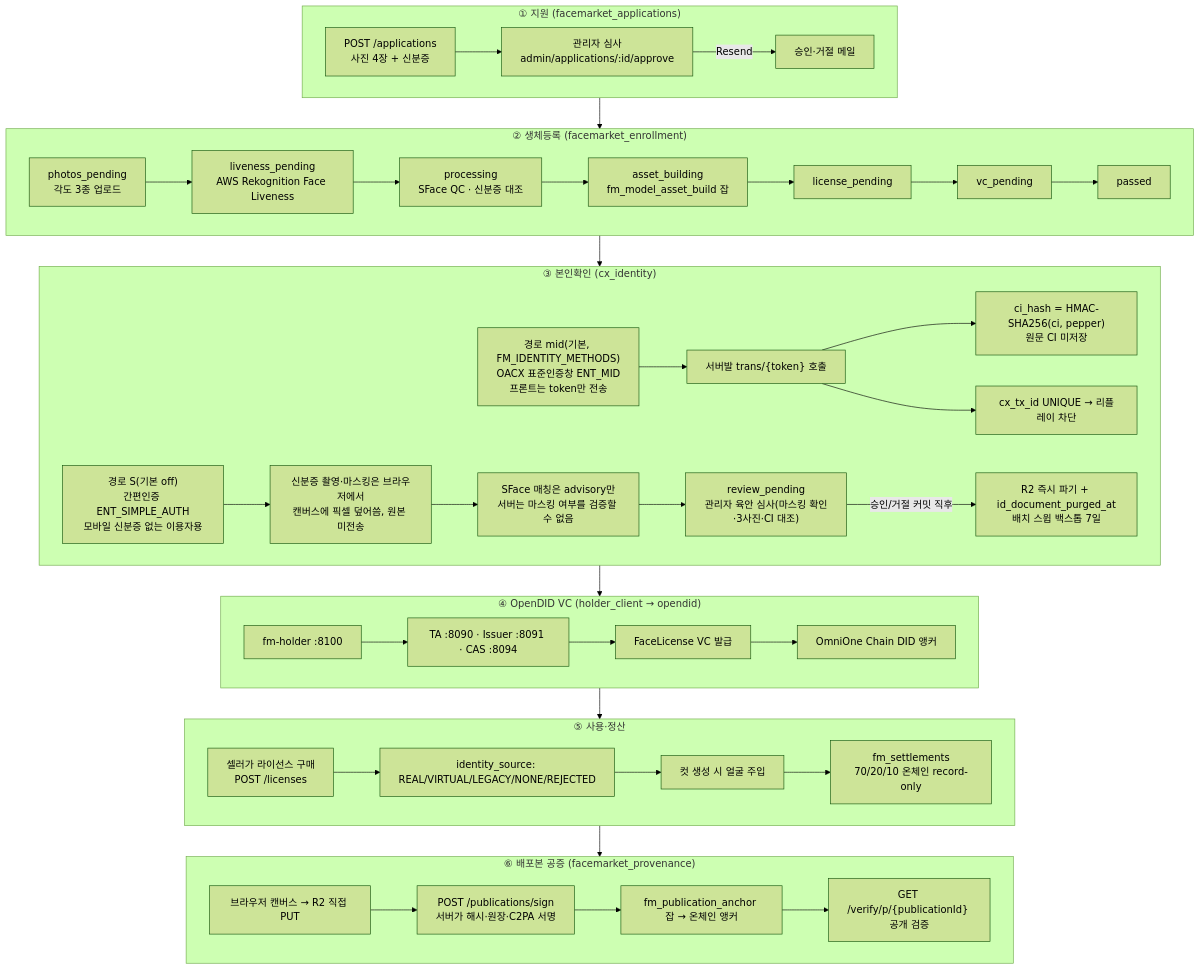
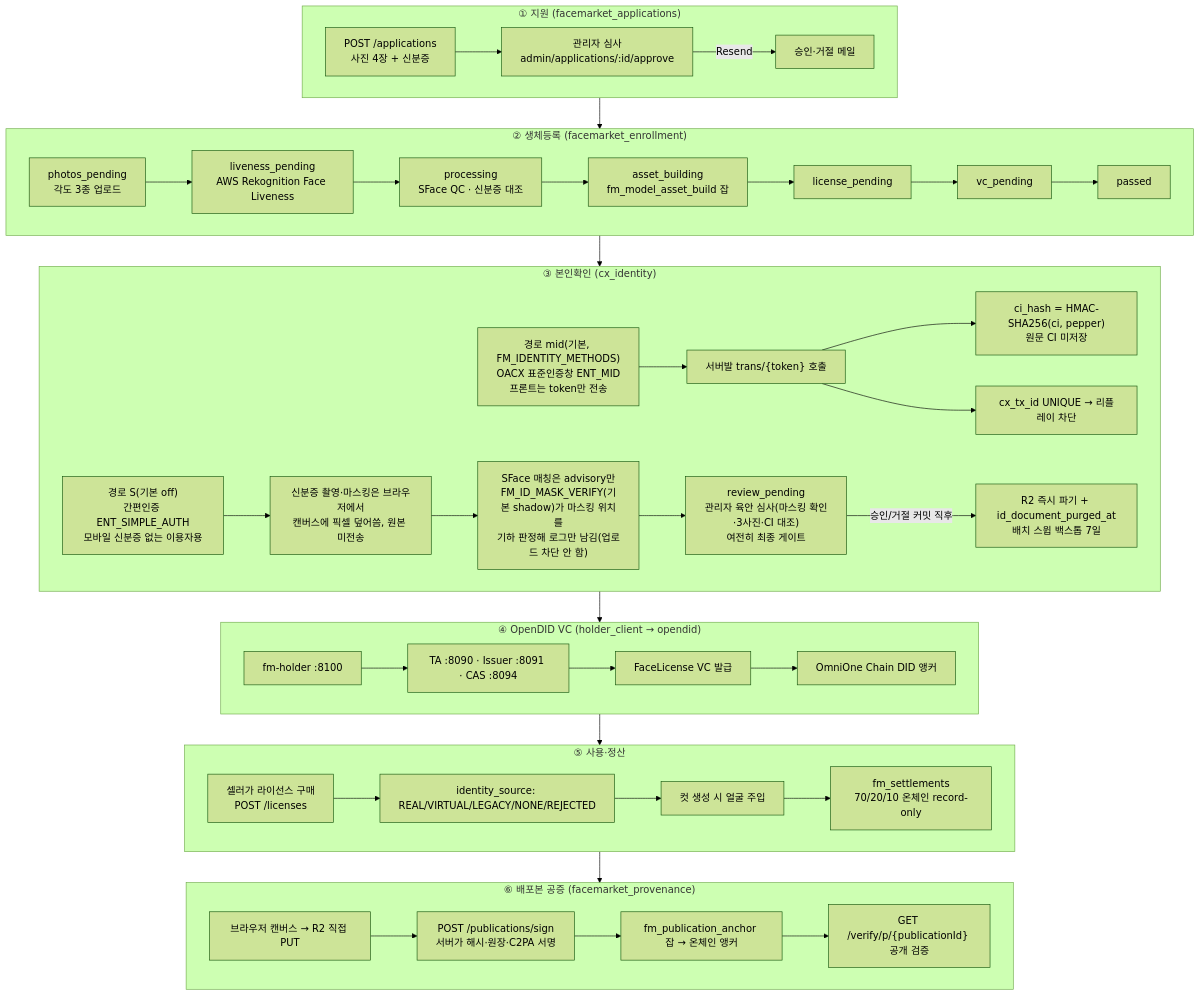
One commit to 1L-SANG/wearless_studio changed diagram 13 of 16 in docs/ARCHITECTURE.md. Above: the diagram before and after it, drawn with Mermaid (forest theme). The commit also changed 1 other file, not shown here.

Commit message:
chore(facemarket): 마스킹 기하 검증 플래그 (shadow)
임계 캘리브 전이라 shadow 로 시작한다. 로그의 mean/stddev 분포를 보고
enforce 로 올린다 — v1 에서 SFace 임계를 캘리브 없이 넣었다가 오탈락으로
고생한 선례가 있다.

ARCHITECTURE.md 의 "서버는 마스킹 여부를 검증할 수 없음" 서술도 이번
브랜치로 사실과 달라져 같이 고쳤다 — mid 경로는 이 플래그와 무관하며
동작이 달라지지 않았다(회귀 확인 완료: 백엔드 5053 passed·프런트
1735 pass·빌드 성공, 전부 0 실패).

Claude-Session: https://claude.ai/code/session_012y1B2hq8oER1RAey5TC8Cp

````diff
--- a/docs/ARCHITECTURE.md
+++ b/docs/ARCHITECTURE.md
@@ -518,51 +518,51 @@
 ```mermaid
 graph TB
   subgraph Apply["① 지원 (facemarket_applications)"]
     AP1["POST /applications<br/>사진 4장 + 신분증"] --> AP2["관리자 심사<br/>admin/applications/:id/approve"]
     AP2 -->|"Resend"| MAIL["승인·거절 메일"]
   end
 
   subgraph Enroll["② 생체등록 (facemarket_enrollment)"]
     E1["photos_pending<br/>각도 3종 업로드"] --> E2["liveness_pending<br/>AWS Rekognition Face Liveness"]
     E2 --> E3["processing<br/>SFace QC · 신분증 대조"]
     E3 --> E4["asset_building<br/>fm_model_asset_build 잡"]
     E4 --> E5["license_pending"]
     E5 --> E6["vc_pending"]
     E6 --> E7["passed"]
   end
 
   subgraph Identity["③ 본인확인 (cx_identity)"]
     C1["경로 mid(기본, FM_IDENTITY_METHODS)<br/>OACX 표준인증창 ENT_MID<br/>프론트는 token만 전송"] --> C2["서버발 trans/{token} 호출"]
     C2 --> C3["ci_hash = HMAC-SHA256(ci, pepper)<br/>원문 CI 미저장"]
     C2 --> C4["cx_tx_id UNIQUE → 리플레이 차단"]
 
     S1["경로 S(기본 off)<br/>간편인증 ENT_SIMPLE_AUTH<br/>모바일 신분증 없는 이용자용"] --> S2["신분증 촬영·마스킹은 브라우저에서<br/>캔버스에 픽셀 덮어씀, 원본 미전송"]
-    S2 --> S3["SFace 매칭은 advisory만<br/>서버는 마스킹 여부를 검증할 수 없음"]
-    S3 --> S4["review_pending<br/>관리자 육안 심사(마스킹 확인·3사진·CI 대조)"]
+    S2 --> S3["SFace 매칭은 advisory만<br/>FM_ID_MASK_VERIFY(기본 shadow)가 마스킹 위치를<br/>기하 판정해 로그만 남김(업로드 차단 안 함)"]
+    S3 --> S4["review_pending<br/>관리자 육안 심사(마스킹 확인·3사진·CI 대조)<br/>여전히 최종 게이트"]
     S4 -->|"승인/거절 커밋 직후"| S5["R2 즉시 파기 + id_document_purged_at<br/>배치 스윕 백스톱 7일"]
   end
 
   subgraph VC["④ OpenDID VC (holder_client → opendid)"]
     V1["fm-holder :8100"] --> V2["TA :8090 · Issuer :8091 · CAS :8094"]
     V2 --> V3["FaceLicense VC 발급"]
     V3 --> V4["OmniOne Chain DID 앵커"]
   end
 
   subgraph Use["⑤ 사용·정산"]
     U1["셀러가 라이선스 구매<br/>POST /licenses"] --> U2["identity_source: REAL/VIRTUAL/LEGACY/NONE/REJECTED"]
     U2 --> U3["컷 생성 시 얼굴 주입"]
     U3 --> U4["fm_settlements<br/>70/20/10 온체인 record-only"]
   end
 
   subgraph Prov["⑥ 배포본 공증 (facemarket_provenance)"]
     P1["브라우저 캔버스 → R2 직접 PUT"] --> P2["POST /publications/sign<br/>서버가 해시·원장·C2PA 서명"]
     P2 --> P3["fm_publication_anchor 잡 → 온체인 앵커"]
     P3 --> P4["GET /verify/p/{publicationId} 공개 검증"]
   end
 
   Apply --> Enroll
   Enroll --> Identity
   Identity --> VC
   VC --> Use
   Use --> Prov
 ```
````
